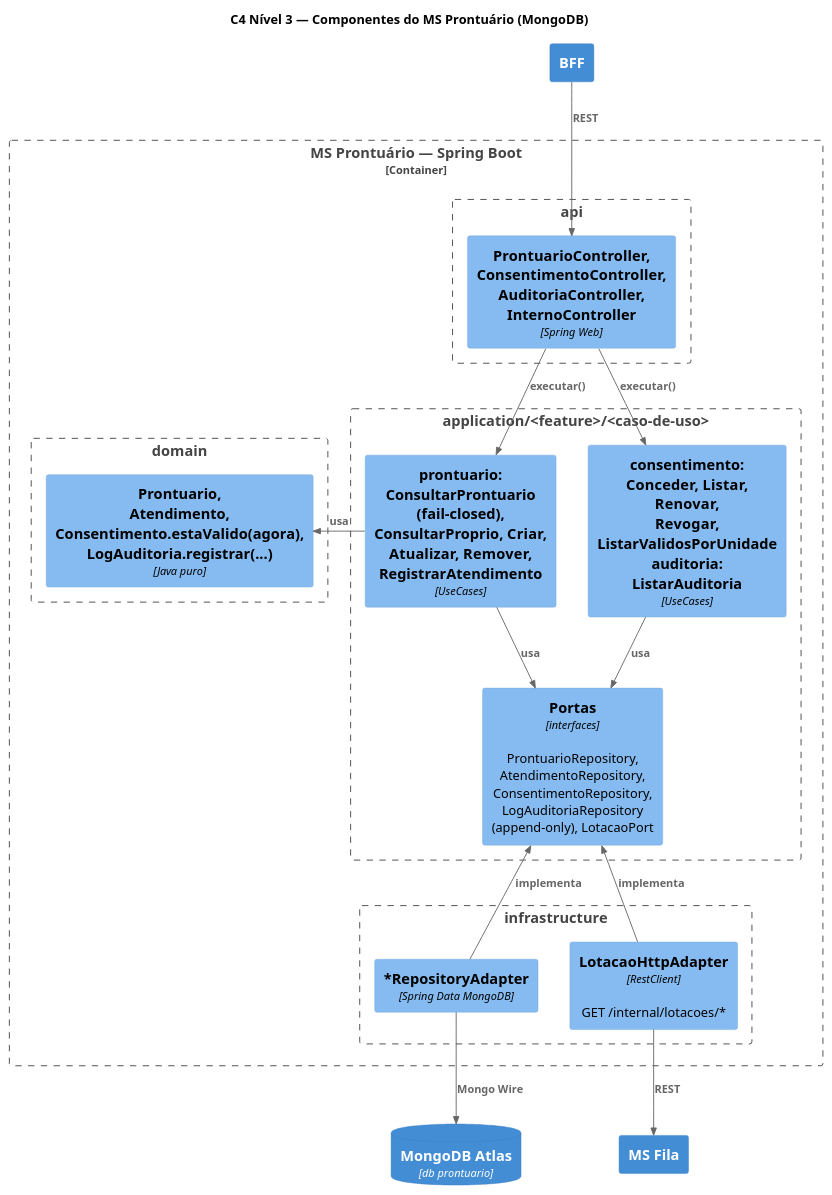
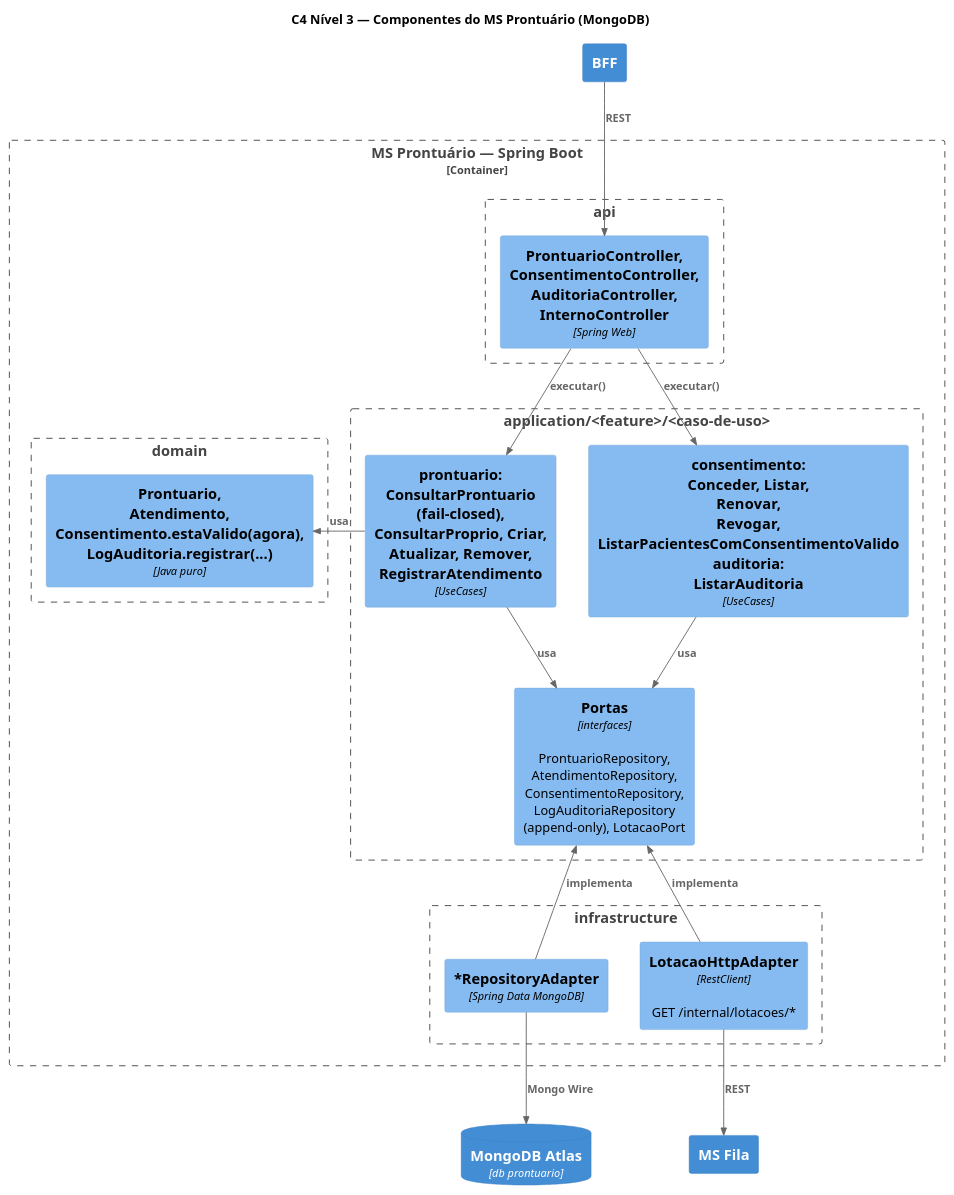
One commit to fergrenteski/open-prontuario-platform changed the diagram in docs/diagramas/c4-n3-ms-prontuario.puml. Above: the diagram before and after it, drawn with PlantUML. The commit also changed 3 other files, not shown here.

Commit message:
docs(diagramas): usa os nomes reais dos casos de uso nos C4 nível 3

```diff
--- a/docs/diagramas/c4-n3-ms-prontuario.puml
+++ b/docs/diagramas/c4-n3-ms-prontuario.puml
@@ -1,37 +1,37 @@
 @startuml c4-n3-ms-prontuario
 !include <C4/C4_Component>
 HIDE_STEREOTYPE()
 title C4 Nível 3 — Componentes do MS Prontuário (MongoDB)
 
 Container(bff, "BFF")
 Container_Boundary(ms, "MS Prontuário — Spring Boot") {
   Boundary(api, "api") {
     Component(ctrl, "ProntuarioController, ConsentimentoController,\nAuditoriaController, InternoController", "Spring Web")
   }
   Boundary(app, "application/<feature>/<caso-de-uso>") {
     Component(ucp, "prontuario: ConsultarProntuario (fail-closed),\nConsultarProprio, Criar, Atualizar, Remover,\nRegistrarAtendimento", "UseCases")
-    Component(ucc, "consentimento: Conceder, Listar, Renovar,\nRevogar, ListarValidosPorUnidade\nauditoria: ListarAuditoria", "UseCases")
+    Component(ucc, "consentimento: Conceder, Listar, Renovar,\nRevogar,\nListarPacientesComConsentimentoValido\nauditoria: ListarAuditoria", "UseCases")
     Component(portas, "Portas", "interfaces", "ProntuarioRepository, AtendimentoRepository,\nConsentimentoRepository, LogAuditoriaRepository\n(append-only), LotacaoPort")
   }
   Boundary(dom, "domain") {
     Component(ent, "Prontuario, Atendimento,\nConsentimento.estaValido(agora),\nLogAuditoria.registrar(...)", "Java puro")
   }
   Boundary(inf, "infrastructure") {
     Component(mongo, "*RepositoryAdapter", "Spring Data MongoDB")
     Component(lot, "LotacaoHttpAdapter", "RestClient", "GET /internal/lotacoes/*")
   }
 }
 ContainerDb(atlas, "MongoDB Atlas", "db prontuario")
 Container(msfila, "MS Fila")
 
 Rel_D(bff, ctrl, "REST")
 Rel_D(ctrl, ucp, "executar()")
 Rel_D(ctrl, ucc, "executar()")
 Rel_D(ucp, portas, "usa")
 Rel_D(ucc, portas, "usa")
 Rel_R(ucp, ent, "usa")
 Rel_U(mongo, portas, "implementa")
 Rel_U(lot, portas, "implementa")
 Rel_D(mongo, atlas, "Mongo Wire")
 Rel_D(lot, msfila, "REST")
 @enduml
```
